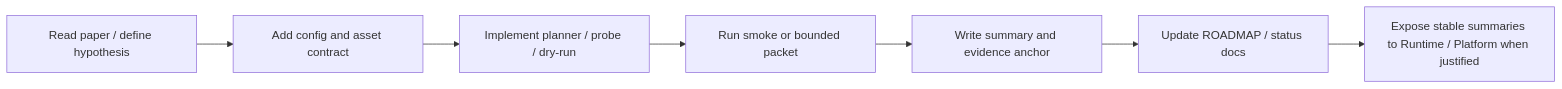
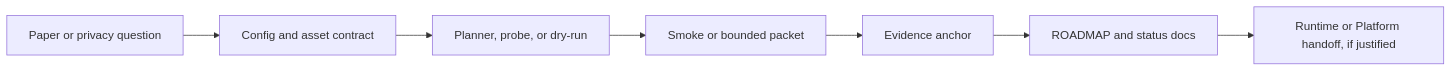
Before and after one commit to DeliciousBuding/DiffAudit-Research: the diagram in README.md, drawn with Mermaid. The commit also changed other lines of this file, not shown here.

````diff
--- a/README.md
+++ b/README.md
@@ -82,9 +115,9 @@
 ```mermaid
 flowchart LR
-    A["Read paper / define hypothesis"] --> B["Add config and asset contract"]
-    B --> C["Implement planner / probe / dry-run"]
-    C --> D["Run smoke or bounded packet"]
-    D --> E["Write summary and evidence anchor"]
-    E --> F["Update ROADMAP / status docs"]
-    F --> G["Expose stable summaries to Runtime / Platform when justified"]
+    A["Paper or privacy question"] --> B["Config and asset contract"]
+    B --> C["Planner, probe, or dry-run"]
+    C --> D["Smoke or bounded packet"]
+    D --> E["Evidence anchor"]
+    E --> F["ROADMAP and status docs"]
+    F --> G["Runtime or Platform handoff, if justified"]
 ```
````
